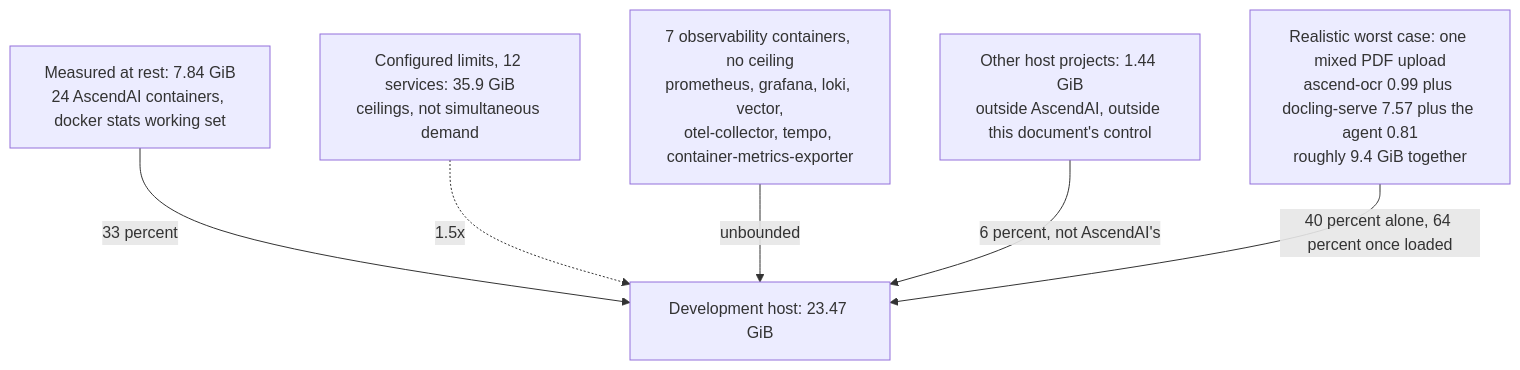
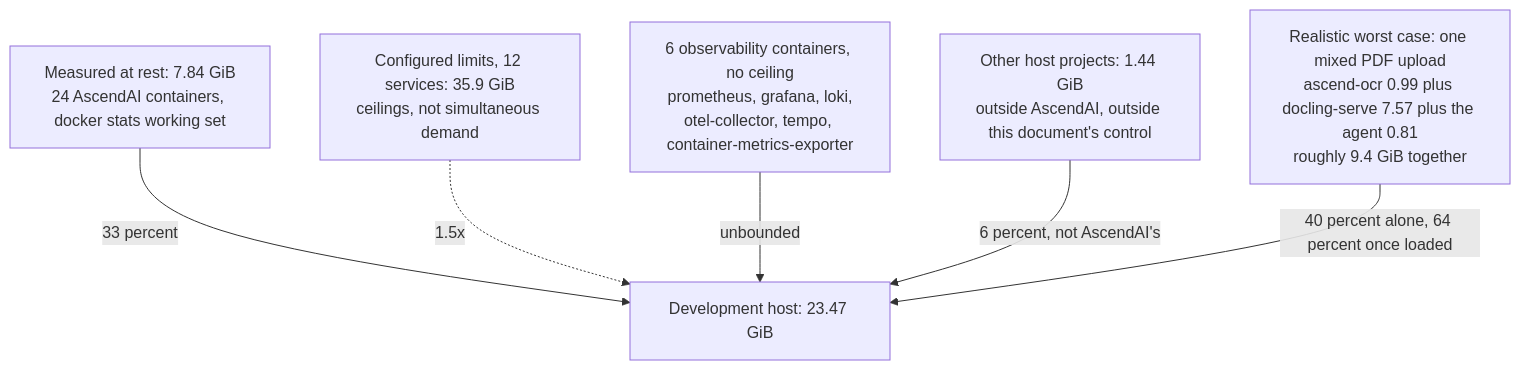
The diagram in docs/architecture/memory-budget.md (Lukk17/AscendAI), drawn with Mermaid before and after one commit. The commit also changed other lines of this file and 10 other files, not shown here.

Commit message:
docs(observability): collector pipeline, settings reference, load projections

````diff
--- a/docs/architecture/memory-budget.md
+++ b/docs/architecture/memory-budget.md
@@ -265,18 +265,18 @@
 ```mermaid
 graph TB
     accTitle: AscendAI memory budget against host capacity
-    accDescr: The 23.47 GiB development host measures 7.84 GiB of resting usage across AscendAI's own 24 containers, plans against 35.9 GiB of configured container limits, carries 7 containers with no configured ceiling, and faces a realistic worst case of roughly 9.4 GiB from a single document upload, which fits the host on its own and on top of the 5.65 GiB the rest of the host holds at rest.
+    accDescr: The 23.47 GiB development host measures 7.84 GiB of resting usage across AscendAI's own 24 containers, plans against 35.9 GiB of configured container limits, carries 6 containers with no configured ceiling, and faces a realistic worst case of roughly 9.4 GiB from a single document upload, which fits the host on its own and on top of the 5.65 GiB the rest of the host holds at rest.
 
     Idle["Measured at rest: 7.84 GiB<br/>24 AscendAI containers, docker stats working set"]
     Limits["Configured limits, 12 services: 35.9 GiB<br/>ceilings, not simultaneous demand"]
-    Uncapped["7 observability containers, no ceiling<br/>prometheus, grafana, loki, vector,<br/>otel-collector, tempo, container-metrics-exporter"]
+    Uncapped["6 observability containers, no ceiling<br/>prometheus, grafana, loki,<br/>otel-collector, tempo, container-metrics-exporter"]
     External["Other host projects: 1.44 GiB<br/>outside AscendAI, outside this document's control"]
     Realistic["Realistic worst case: one mixed PDF upload<br/>ascend-ocr 0.99 plus docling-serve 7.57 plus the agent 0.81<br/>roughly 9.4 GiB together"]
     Host["Development host: 23.47 GiB"]
 
     Idle -->|33 percent| Host
     Limits -.->|1.5x| Host
     Uncapped -->|unbounded| Host
     External -->|6 percent, not AscendAI's| Host
     Realistic -->|40 percent alone, 64 percent once loaded| Host
 ```
````
